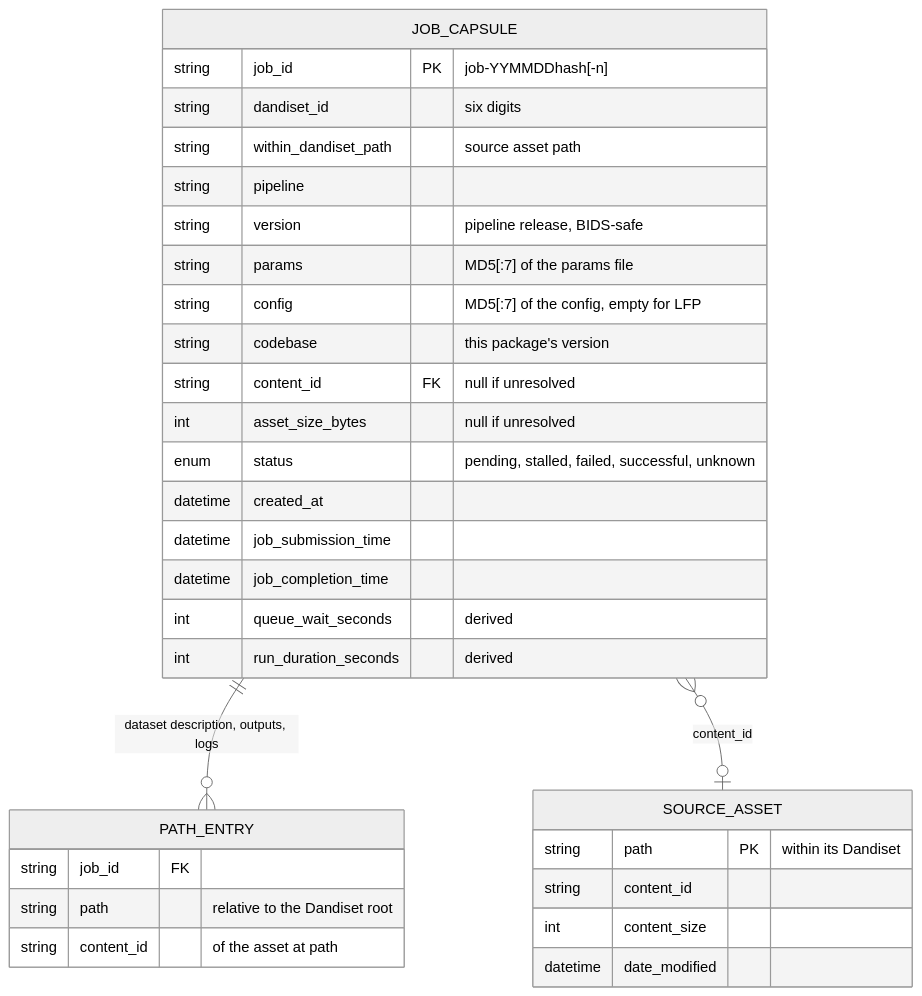
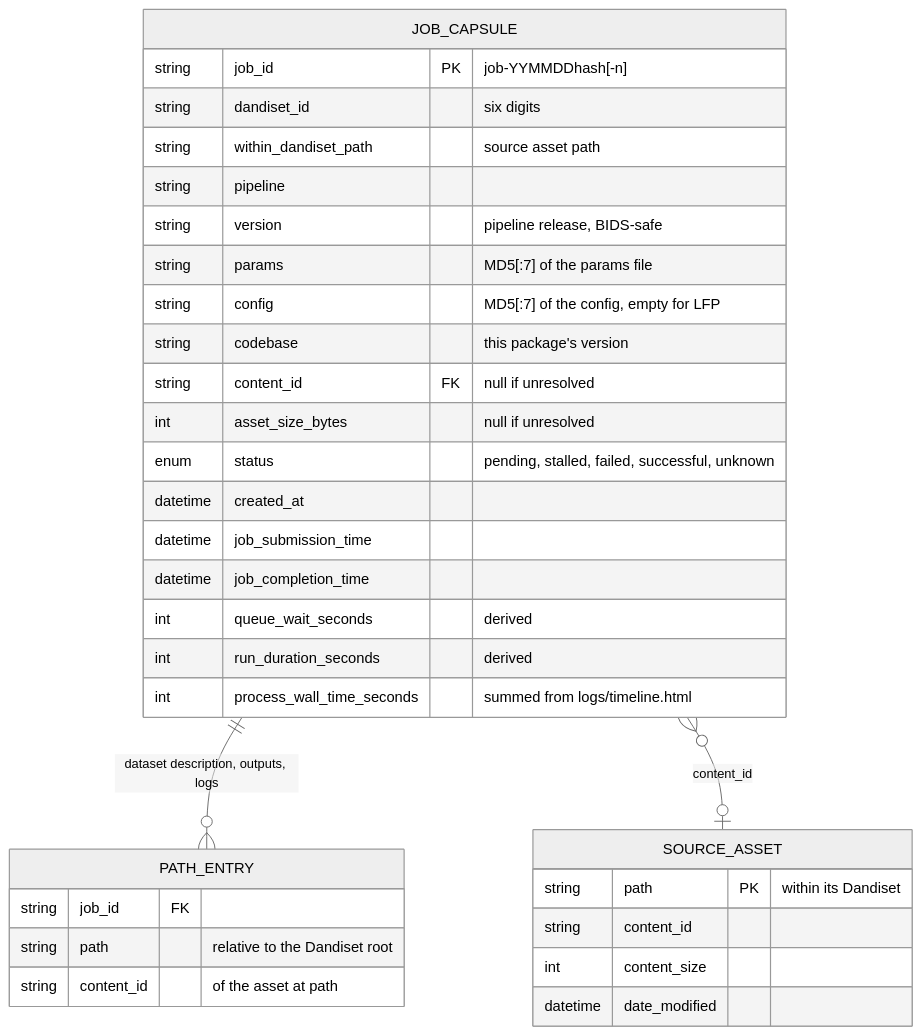
Before and after one commit to dandi-compute/dandi-compute-core: the third of 5 diagrams in docs/data_model.md, drawn with Mermaid (neutral theme). The commit also changed other lines of this file and 23 other files, not shown here.

````diff
--- a/docs/data_model.md
+++ b/docs/data_model.md
@@ -79,34 +79,35 @@
 ```mermaid
 erDiagram
     JOB_CAPSULE {
         string job_id PK "job-YYMMDDhash[-n]"
         string dandiset_id "six digits"
         string within_dandiset_path "source asset path"
         string pipeline
         string version "pipeline release, BIDS-safe"
         string params "MD5[:7] of the params file"
         string config "MD5[:7] of the config, empty for LFP"
         string codebase "this package's version"
         string content_id FK "null if unresolved"
         int asset_size_bytes "null if unresolved"
         enum status "pending, stalled, failed, successful, unknown"
         datetime created_at
         datetime job_submission_time
         datetime job_completion_time
         int queue_wait_seconds "derived"
         int run_duration_seconds "derived"
+        int process_wall_time_seconds "summed from logs/timeline.html"
     }
     PATH_ENTRY {
         string job_id FK
         string path "relative to the Dandiset root"
         string content_id "of the asset at path"
     }
     SOURCE_ASSET {
         string path PK "within its Dandiset"
         string content_id
         int content_size
         datetime date_modified
     }
     JOB_CAPSULE ||--o{ PATH_ENTRY : "dataset description, outputs, logs"
     JOB_CAPSULE }o--o| SOURCE_ASSET : "content_id"
 ```
````
